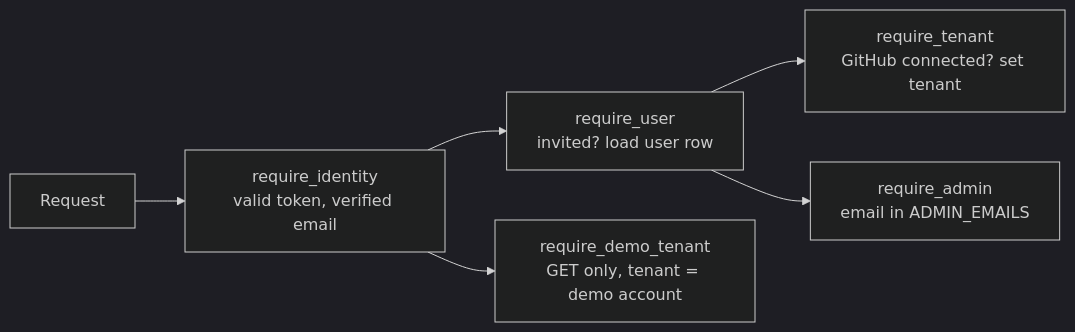
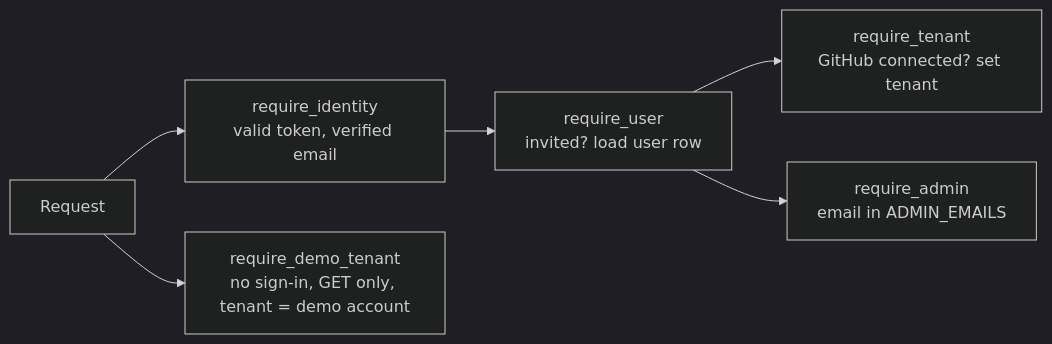
Before and after one commit to KalyanM45/GitPulse: the diagram in docs/lld.md, drawn with Mermaid (dark theme). The commit also changed 11 other files, not shown here.

````diff
--- a/docs/lld.md
+++ b/docs/lld.md
@@ -49,8 +49,8 @@
 ```mermaid
 flowchart LR
     req[Request] --> id[require_identity<br/>valid token, verified email]
     id --> usr[require_user<br/>invited? load user row]
     usr --> ten[require_tenant<br/>GitHub connected? set tenant]
     usr --> adm[require_admin<br/>email in ADMIN_EMAILS]
-    id --> demo[require_demo_tenant<br/>GET only, tenant = demo account]
+    req --> demo[require_demo_tenant<br/>no sign-in, GET only, tenant = demo account]
 ```
````
